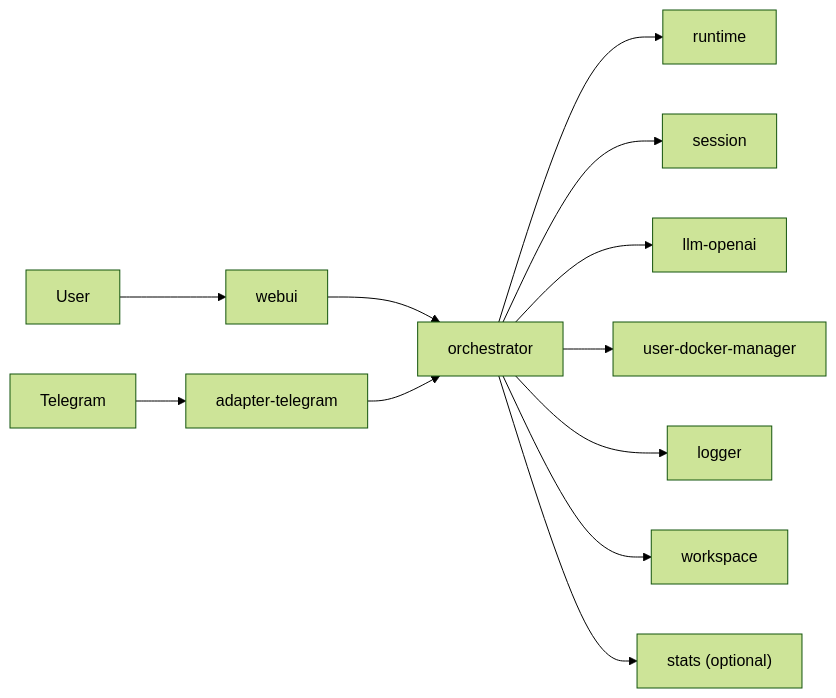
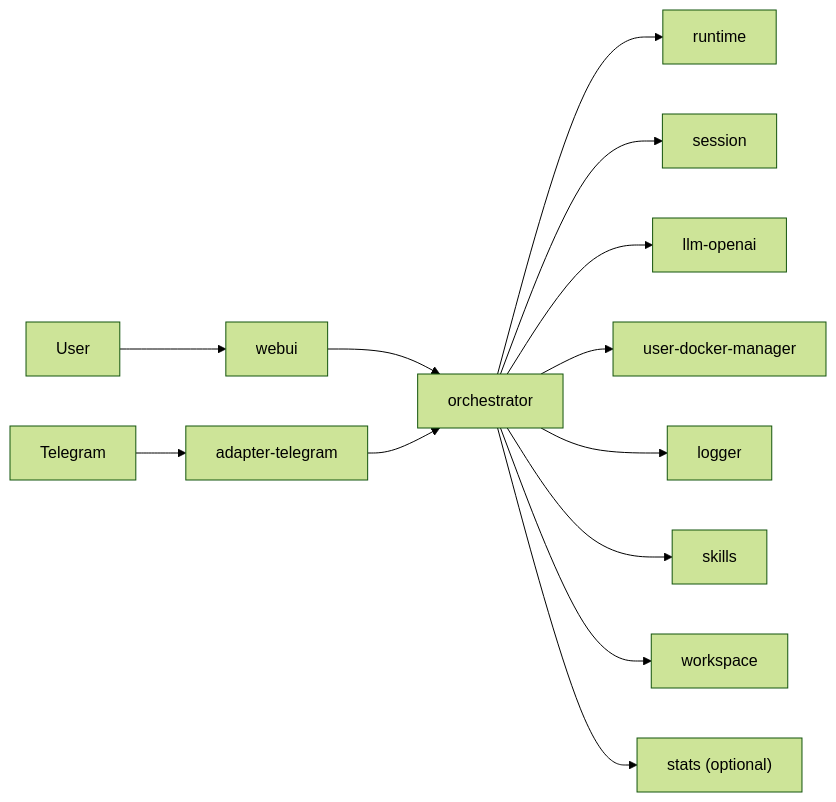
One commit to WhaleMesh/WhaleBot changed the diagram in README.en.md. Above: the diagram before and after it, drawn with Mermaid (forest theme). The commit also changed other lines of this file and 21 other files, not shown here.

First line of the commit message:
Add skills service and enhance orchestrator integration

````diff
--- a/README.en.md
+++ b/README.en.md
@@ -18,14 +18,15 @@
 ```mermaid
 flowchart LR
   user["User"] --> webui["webui"]
   tg["Telegram"] --> adapterTelegram["adapter-telegram"]
   webui --> orchestrator["orchestrator"]
   adapterTelegram --> orchestrator
   orchestrator --> runtime["runtime"]
   orchestrator --> session["session"]
   orchestrator --> llmOpenai["llm-openai"]
   orchestrator --> toolDocker["user-docker-manager"]
   orchestrator --> logger["logger"]
+  orchestrator --> skills["skills"]
   orchestrator --> workspace["workspace"]
   orchestrator --> stats["stats (optional)"]
 ```
````
